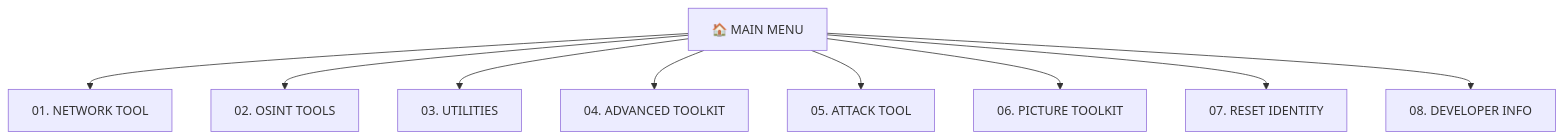
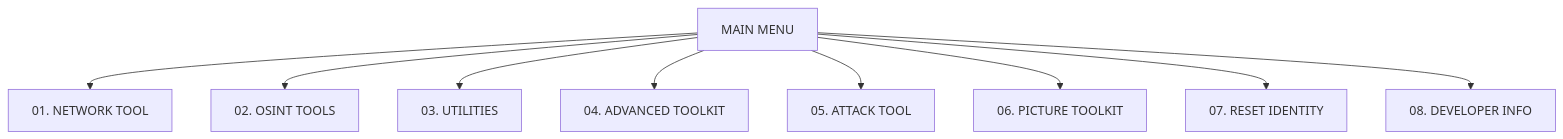
Before and after one commit to TEAMBCS/MONOLITH: the second of 5 diagrams in README.md, drawn with Mermaid.

````diff
--- a/README.md
+++ b/README.md
@@ -43,11 +43,12 @@
 ```mermaid
 graph TD
-    A[🏠 MAIN MENU] --> B[01. NETWORK TOOL]
+    A[MAIN MENU] --> B[01. NETWORK TOOL]
     A --> C[02. OSINT TOOLS]
     A --> D[03. UTILITIES]
     A --> E[04. ADVANCED TOOLKIT]
     A --> F[05. ATTACK TOOL]
     A --> G[06. PICTURE TOOLKIT]
     A --> H[07. RESET IDENTITY]
     A --> I[08. DEVELOPER INFO]
+
 ```
````
